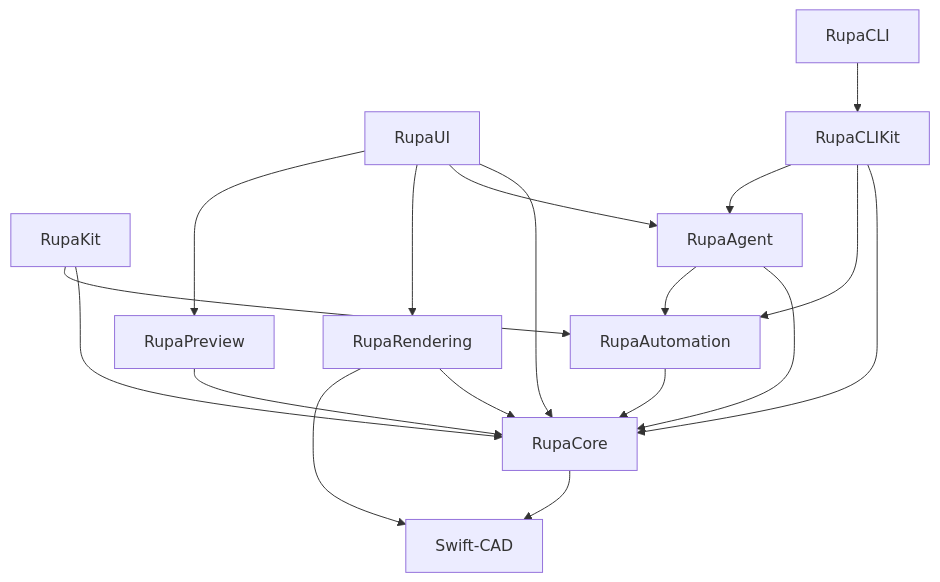
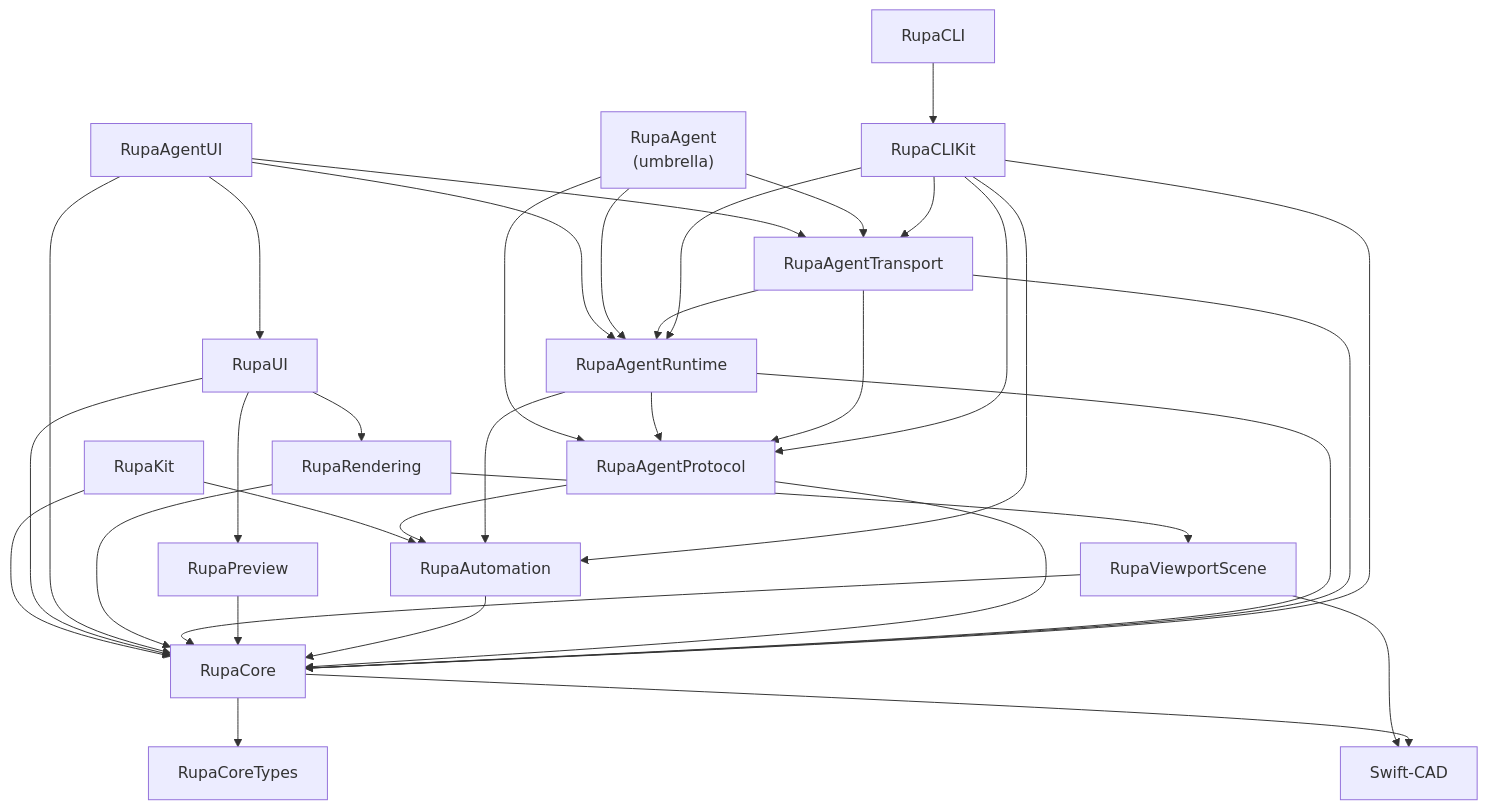
One commit to 1amageek/Rupa changed the third of 26 diagrams in Rupa/SPEC.md. Above: the diagram before and after it, drawn with Mermaid. The commit also changed other lines of this file, not shown here.

First line of the commit message:
Sync SPEC package graph with implementation

````diff
--- a/Rupa/SPEC.md
+++ b/Rupa/SPEC.md
@@ -238,25 +282,44 @@
 ```mermaid
 flowchart TD
     RupaKit["RupaKit"] --> RupaCore["RupaCore"]
     RupaKit --> RupaAutomation["RupaAutomation"]
 
     RupaUI["RupaUI"] --> RupaCore
-    RupaUI --> RupaAgent
     RupaUI --> RupaRendering["RupaRendering"]
     RupaUI --> RupaPreview["RupaPreview"]
 
+    RupaAgentUI["RupaAgentUI"] --> RupaUI
+    RupaAgentUI --> RupaCore
+    RupaAgentUI --> RupaAgentRuntime
+    RupaAgentUI --> RupaAgentTransport
+
     RupaRendering --> RupaCore
+    RupaRendering --> RupaViewportScene["RupaViewportScene"]
+    RupaViewportScene --> RupaCore
+    RupaViewportScene --> SwiftCAD["Swift-CAD"]
     RupaPreview --> RupaCore
     RupaAutomation --> RupaCore
 
-    RupaAgent["RupaAgent"] --> RupaCore
-    RupaAgent --> RupaAutomation
+    RupaAgent["RupaAgent<br/>(umbrella)"] --> RupaAgentProtocol["RupaAgentProtocol"]
+    RupaAgent --> RupaAgentRuntime["RupaAgentRuntime"]
+    RupaAgent --> RupaAgentTransport["RupaAgentTransport"]
+
+    RupaAgentProtocol --> RupaCore
+    RupaAgentProtocol --> RupaAutomation
+    RupaAgentRuntime --> RupaCore
+    RupaAgentRuntime --> RupaAutomation
+    RupaAgentRuntime --> RupaAgentProtocol
+    RupaAgentTransport --> RupaCore
+    RupaAgentTransport --> RupaAgentProtocol
+    RupaAgentTransport --> RupaAgentRuntime
 
     RupaCLI["RupaCLI"] --> RupaCLIKit["RupaCLIKit"]
     RupaCLIKit --> RupaCore
     RupaCLIKit --> RupaAutomation
-    RupaCLIKit --> RupaAgent
+    RupaCLIKit --> RupaAgentProtocol
+    RupaCLIKit --> RupaAgentRuntime
+    RupaCLIKit --> RupaAgentTransport
 
-    RupaCore --> SwiftCAD["Swift-CAD"]
-    RupaRendering --> SwiftCAD
+    RupaCore --> RupaCoreTypes["RupaCoreTypes"]
+    RupaCore --> SwiftCAD
 ```
````
